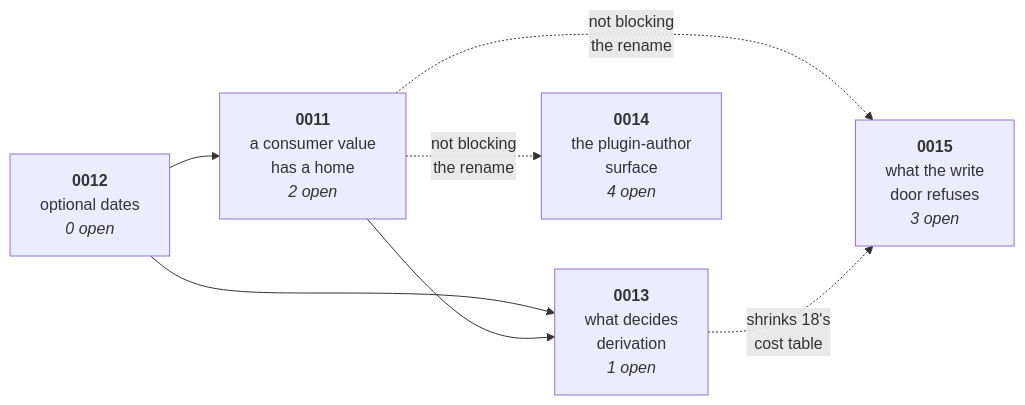
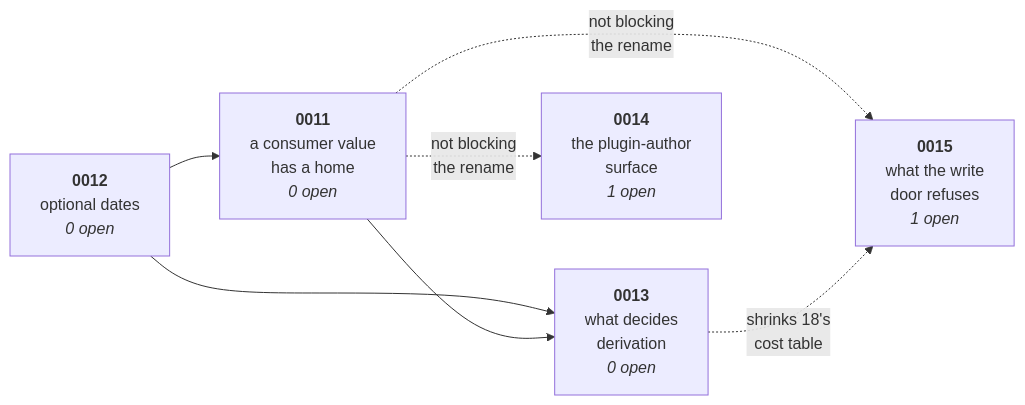
One commit to freegantt/freegantt changed the diagram in plans/field-redesign/README.md. Above: the diagram before and after it, drawn with Mermaid. The commit also changed other lines of this file and 16 other files, not shown here.

````diff
--- a/plans/field-redesign/README.md
+++ b/plans/field-redesign/README.md
@@ -7,9 +7,9 @@
 ```mermaid
 flowchart LR
-  D["<b>0012</b><br/>optional dates<br/><i>0 open</i>"] --> P["<b>0011</b><br/>a consumer value<br/>has a home<br/><i>2 open</i>"]
-  D --> R["<b>0013</b><br/>what decides<br/>derivation<br/><i>1 open</i>"]
+  D["<b>0012</b><br/>optional dates<br/><i>0 open</i>"] --> P["<b>0011</b><br/>a consumer value<br/>has a home<br/><i>0 open</i>"]
+  D --> R["<b>0013</b><br/>what decides<br/>derivation<br/><i>0 open</i>"]
   P --> R
-  P -.->|"not blocking<br/>the rename"| G["<b>0014</b><br/>the plugin-author<br/>surface<br/><i>4 open</i>"]
-  P -.->|"not blocking<br/>the rename"| W["<b>0015</b><br/>what the write<br/>door refuses<br/><i>3 open</i>"]
+  P -.->|"not blocking<br/>the rename"| G["<b>0014</b><br/>the plugin-author<br/>surface<br/><i>1 open</i>"]
+  P -.->|"not blocking<br/>the rename"| W["<b>0015</b><br/>what the write<br/>door refuses<br/><i>1 open</i>"]
   R -.->|"shrinks 18's<br/>cost table"| W
 ```
````
